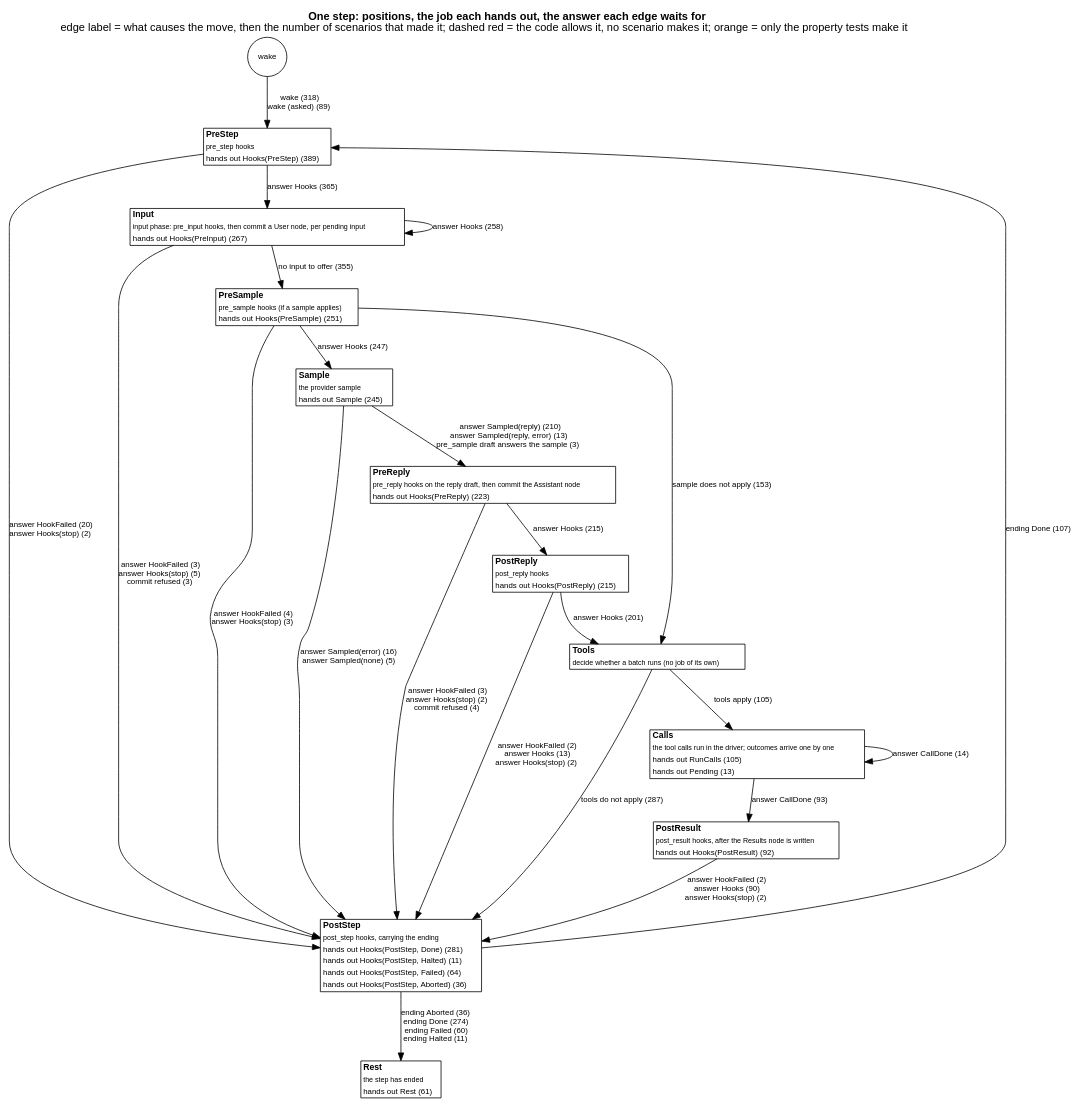
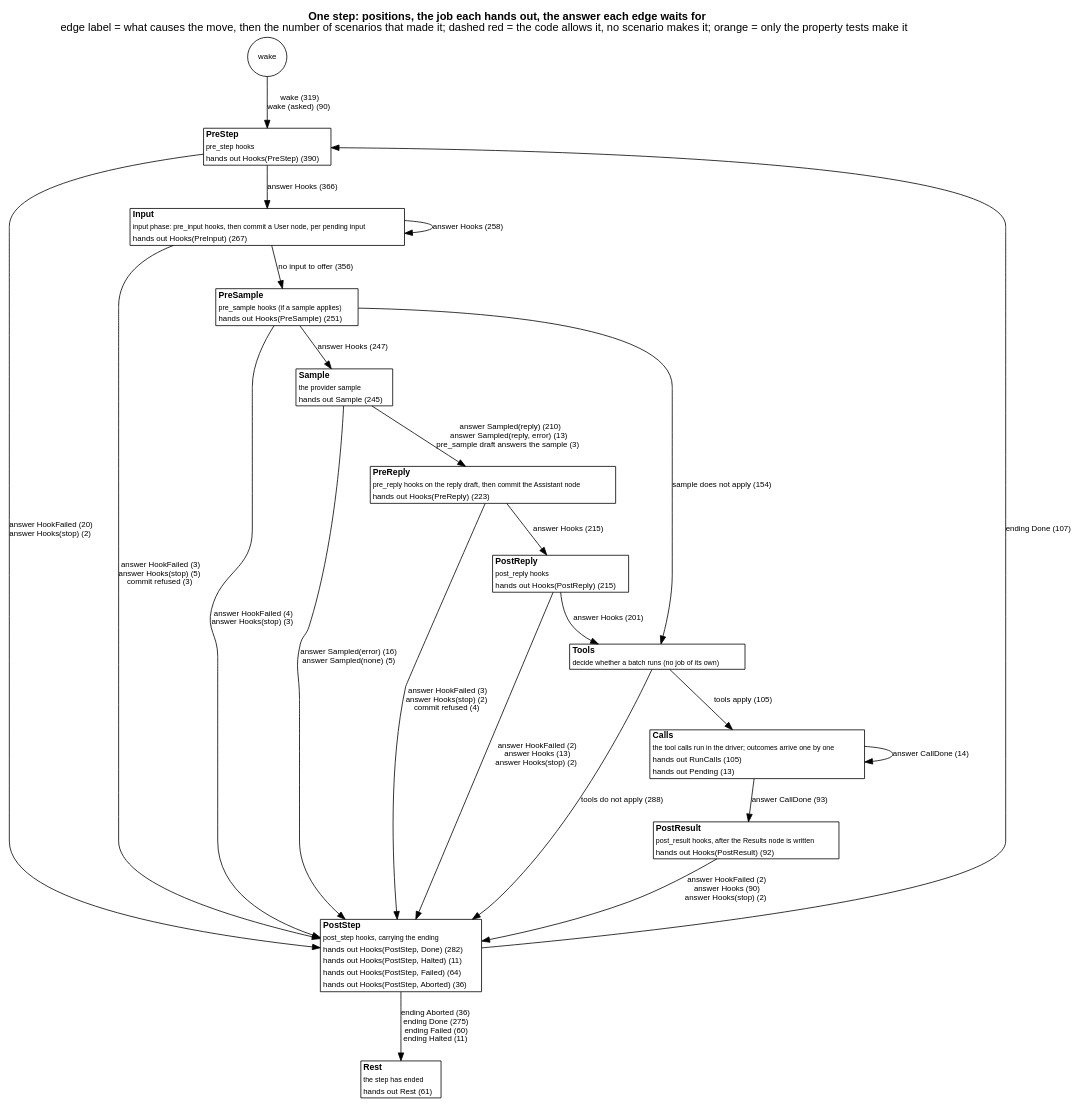
Before and after one commit to jmccardle/tau: the diagram in docs/as-built/diagrams/step-positions.dot, drawn with Graphviz. The commit also changed 33 other files, not shown here.

```diff
--- a/docs/as-built/diagrams/step-positions.dot
+++ b/docs/as-built/diagrams/step-positions.dot
@@ -1,40 +1,40 @@
 // Generated by scripts/diagrams.sh from the test suites' transitions. Do not edit.
 digraph step_positions {
   graph [rankdir=TB, fontname="Helvetica", nodesep=0.5, ranksep=0.6, labelloc=t, label=<<b>One step: positions, the job each hands out, the answer each edge waits for</b><br/>edge label = what causes the move, then the number of scenarios that made it; dashed red = the code allows it, no scenario makes it; orange = only the property tests make it>];
   node [shape=plain, fontname="Helvetica", fontsize=11];
   edge [fontname="Helvetica", fontsize=10];
   "(wake)" [shape=circle, label="wake", fontsize=10];
-  "PreStep" [label=<<table border="1" cellborder="0" cellspacing="0" bgcolor="white"><tr><td align="left"><b>PreStep</b></td></tr><tr><td align="left"><font point-size="9">pre_step hooks</font></td></tr><tr><td align="left"><font color="black" point-size="10">hands out Hooks(PreStep) (389)</font></td></tr></table>>];
+  "PreStep" [label=<<table border="1" cellborder="0" cellspacing="0" bgcolor="white"><tr><td align="left"><b>PreStep</b></td></tr><tr><td align="left"><font point-size="9">pre_step hooks</font></td></tr><tr><td align="left"><font color="black" point-size="10">hands out Hooks(PreStep) (390)</font></td></tr></table>>];
   "Input" [label=<<table border="1" cellborder="0" cellspacing="0" bgcolor="white"><tr><td align="left"><b>Input</b></td></tr><tr><td align="left"><font point-size="9">input phase: pre_input hooks, then commit a User node, per pending input</font></td></tr><tr><td align="left"><font color="black" point-size="10">hands out Hooks(PreInput) (267)</font></td></tr></table>>];
   "PreSample" [label=<<table border="1" cellborder="0" cellspacing="0" bgcolor="white"><tr><td align="left"><b>PreSample</b></td></tr><tr><td align="left"><font point-size="9">pre_sample hooks (if a sample applies)</font></td></tr><tr><td align="left"><font color="black" point-size="10">hands out Hooks(PreSample) (251)</font></td></tr></table>>];
   "Sample" [label=<<table border="1" cellborder="0" cellspacing="0" bgcolor="white"><tr><td align="left"><b>Sample</b></td></tr><tr><td align="left"><font point-size="9">the provider sample</font></td></tr><tr><td align="left"><font color="black" point-size="10">hands out Sample (245)</font></td></tr></table>>];
   "PreReply" [label=<<table border="1" cellborder="0" cellspacing="0" bgcolor="white"><tr><td align="left"><b>PreReply</b></td></tr><tr><td align="left"><font point-size="9">pre_reply hooks on the reply draft, then commit the Assistant node</font></td></tr><tr><td align="left"><font color="black" point-size="10">hands out Hooks(PreReply) (223)</font></td></tr></table>>];
   "PostReply" [label=<<table border="1" cellborder="0" cellspacing="0" bgcolor="white"><tr><td align="left"><b>PostReply</b></td></tr><tr><td align="left"><font point-size="9">post_reply hooks</font></td></tr><tr><td align="left"><font color="black" point-size="10">hands out Hooks(PostReply) (215)</font></td></tr></table>>];
   "Tools" [label=<<table border="1" cellborder="0" cellspacing="0" bgcolor="white"><tr><td align="left"><b>Tools</b></td></tr><tr><td align="left"><font point-size="9">decide whether a batch runs (no job of its own)</font></td></tr></table>>];
   "Calls" [label=<<table border="1" cellborder="0" cellspacing="0" bgcolor="white"><tr><td align="left"><b>Calls</b></td></tr><tr><td align="left"><font point-size="9">the tool calls run in the driver; outcomes arrive one by one</font></td></tr><tr><td align="left"><font color="black" point-size="10">hands out RunCalls (105)</font></td></tr><tr><td align="left"><font color="black" point-size="10">hands out Pending (13)</font></td></tr></table>>];
   "PostResult" [label=<<table border="1" cellborder="0" cellspacing="0" bgcolor="white"><tr><td align="left"><b>PostResult</b></td></tr><tr><td align="left"><font point-size="9">post_result hooks, after the Results node is written</font></td></tr><tr><td align="left"><font color="black" point-size="10">hands out Hooks(PostResult) (92)</font></td></tr></table>>];
-  "PostStep" [label=<<table border="1" cellborder="0" cellspacing="0" bgcolor="white"><tr><td align="left"><b>PostStep</b></td></tr><tr><td align="left"><font point-size="9">post_step hooks, carrying the ending</font></td></tr><tr><td align="left"><font color="black" point-size="10">hands out Hooks(PostStep, Done) (281)</font></td></tr><tr><td align="left"><font color="black" point-size="10">hands out Hooks(PostStep, Halted) (11)</font></td></tr><tr><td align="left"><font color="black" point-size="10">hands out Hooks(PostStep, Failed) (64)</font></td></tr><tr><td align="left"><font color="black" point-size="10">hands out Hooks(PostStep, Aborted) (36)</font></td></tr></table>>];
+  "PostStep" [label=<<table border="1" cellborder="0" cellspacing="0" bgcolor="white"><tr><td align="left"><b>PostStep</b></td></tr><tr><td align="left"><font point-size="9">post_step hooks, carrying the ending</font></td></tr><tr><td align="left"><font color="black" point-size="10">hands out Hooks(PostStep, Done) (282)</font></td></tr><tr><td align="left"><font color="black" point-size="10">hands out Hooks(PostStep, Halted) (11)</font></td></tr><tr><td align="left"><font color="black" point-size="10">hands out Hooks(PostStep, Failed) (64)</font></td></tr><tr><td align="left"><font color="black" point-size="10">hands out Hooks(PostStep, Aborted) (36)</font></td></tr></table>>];
   "Rest" [label=<<table border="1" cellborder="0" cellspacing="0" bgcolor="white"><tr><td align="left"><b>Rest</b></td></tr><tr><td align="left"><font point-size="9">the step has ended</font></td></tr><tr><td align="left"><font color="black" point-size="10">hands out Rest (61)</font></td></tr></table>>];
-  "(wake)" -> "PreStep" [label=<wake (318)<br/>wake (asked) (89)>, color="black", style=solid];
+  "(wake)" -> "PreStep" [label=<wake (319)<br/>wake (asked) (90)>, color="black", style=solid];
   "Calls" -> "Calls" [label=<answer CallDone (14)>, color="black", style=solid];
   "Calls" -> "PostResult" [label=<answer CallDone (93)>, color="black", style=solid];
   "Input" -> "Input" [label=<answer Hooks (258)>, color="black", style=solid];
   "Input" -> "PostStep" [label=<answer HookFailed (3)<br/>answer Hooks(stop) (5)<br/>commit refused (3)>, color="black", style=solid];
-  "Input" -> "PreSample" [label=<no input to offer (355)>, color="black", style=solid];
+  "Input" -> "PreSample" [label=<no input to offer (356)>, color="black", style=solid];
   "PostReply" -> "PostStep" [label=<answer HookFailed (2)<br/>answer Hooks (13)<br/>answer Hooks(stop) (2)>, color="black", style=solid];
   "PostReply" -> "Tools" [label=<answer Hooks (201)>, color="black", style=solid];
   "PostResult" -> "PostStep" [label=<answer HookFailed (2)<br/>answer Hooks (90)<br/>answer Hooks(stop) (2)>, color="black", style=solid];
   "PostStep" -> "PreStep" [label=<ending Done (107)>, color="black", style=solid];
-  "PostStep" -> "Rest" [label=<ending Aborted (36)<br/>ending Done (274)<br/>ending Failed (60)<br/>ending Halted (11)>, color="black", style=solid];
+  "PostStep" -> "Rest" [label=<ending Aborted (36)<br/>ending Done (275)<br/>ending Failed (60)<br/>ending Halted (11)>, color="black", style=solid];
   "PreReply" -> "PostReply" [label=<answer Hooks (215)>, color="black", style=solid];
   "PreReply" -> "PostStep" [label=<answer HookFailed (3)<br/>answer Hooks(stop) (2)<br/>commit refused (4)>, color="black", style=solid];
   "PreSample" -> "PostStep" [label=<answer HookFailed (4)<br/>answer Hooks(stop) (3)>, color="black", style=solid];
   "PreSample" -> "Sample" [label=<answer Hooks (247)>, color="black", style=solid];
-  "PreSample" -> "Tools" [label=<sample does not apply (153)>, color="black", style=solid];
-  "PreStep" -> "Input" [label=<answer Hooks (365)>, color="black", style=solid];
+  "PreSample" -> "Tools" [label=<sample does not apply (154)>, color="black", style=solid];
+  "PreStep" -> "Input" [label=<answer Hooks (366)>, color="black", style=solid];
   "PreStep" -> "PostStep" [label=<answer HookFailed (20)<br/>answer Hooks(stop) (2)>, color="black", style=solid];
   "Sample" -> "PostStep" [label=<answer Sampled(error) (16)<br/>answer Sampled(none) (5)>, color="black", style=solid];
   "Sample" -> "PreReply" [label=<answer Sampled(reply) (210)<br/>answer Sampled(reply, error) (13)<br/>pre_sample draft answers the sample (3)>, color="black", style=solid];
   "Tools" -> "Calls" [label=<tools apply (105)>, color="black", style=solid];
-  "Tools" -> "PostStep" [label=<tools do not apply (287)>, color="black", style=solid];
+  "Tools" -> "PostStep" [label=<tools do not apply (288)>, color="black", style=solid];
 }
```
